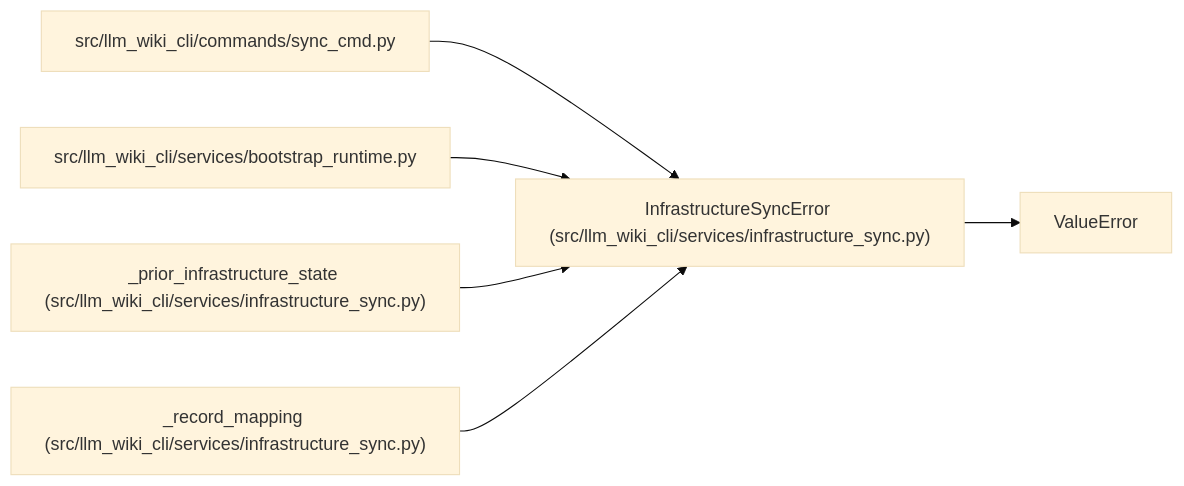
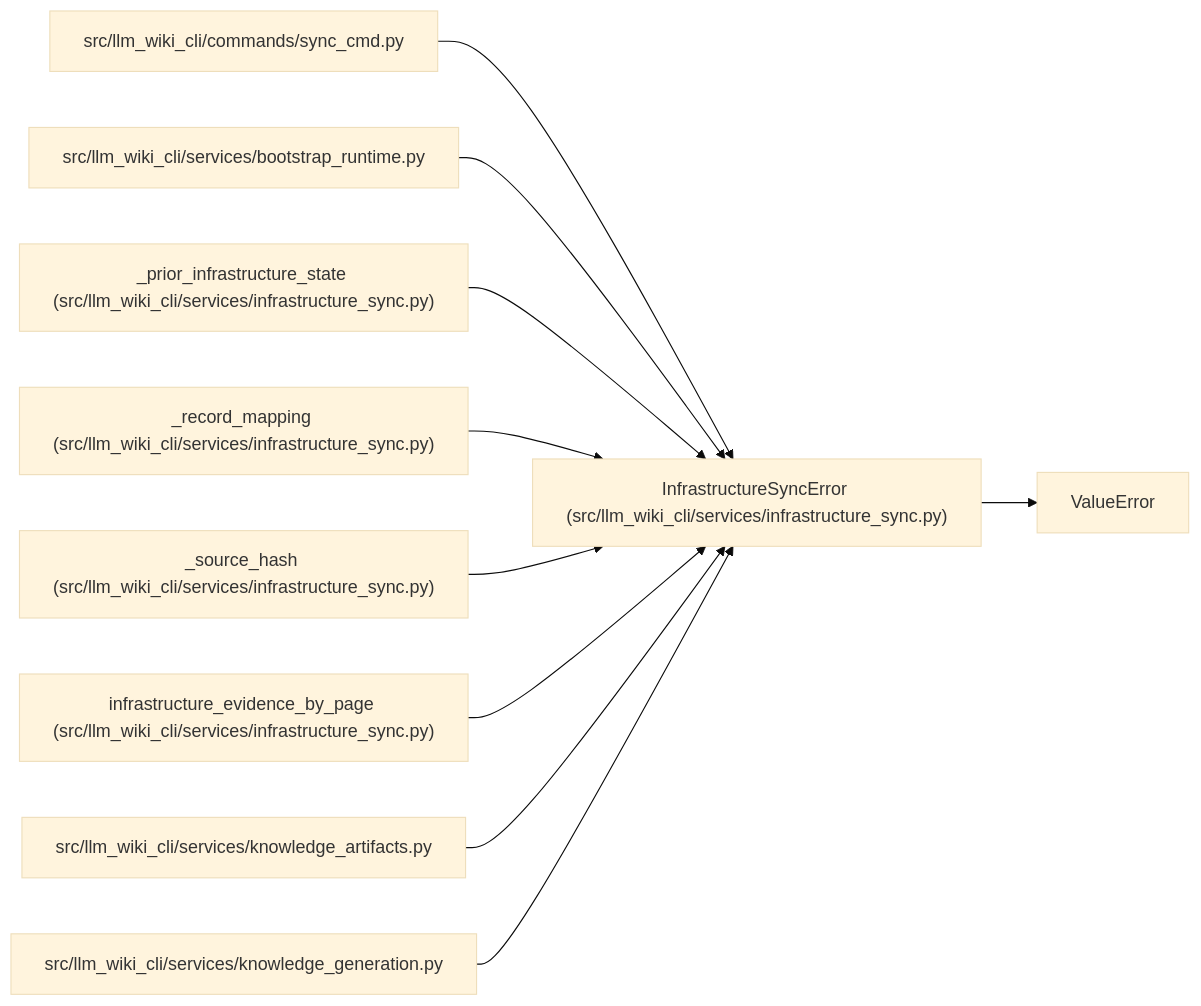
Before and after one commit to Denissvgn/python-wiki-llm: the diagram in docs/llm_wiki/entities/InfrastructureSyncError.md, drawn with Mermaid (base theme). The commit also changed other lines of this file and 493 other files, not shown here.

````diff
--- a/docs/llm_wiki/entities/InfrastructureSyncError.md
+++ b/docs/llm_wiki/entities/InfrastructureSyncError.md
@@ -23,19 +23,31 @@
 ```mermaid
 flowchart LR
     n0["InfrastructureSyncError (src/llm_wiki_cli/services/infrastructure_sync.py)"]
     n1["ValueError"]
     n2["src/llm_wiki_cli/commands/sync_cmd.py"]
     n3["src/llm_wiki_cli/services/bootstrap_runtime.py"]
     n4["_prior_infrastructure_state (src/llm_wiki_cli/services/infrastructure_sync.py)"]
     n5["_record_mapping (src/llm_wiki_cli/services/infrastructure_sync.py)"]
+    n6["_source_hash (src/llm_wiki_cli/services/infrastructure_sync.py)"]
+    n7["infrastructure_evidence_by_page (src/llm_wiki_cli/services/infrastructure_sync.py)"]
+    n8["src/llm_wiki_cli/services/knowledge_artifacts.py"]
+    n9["src/llm_wiki_cli/services/knowledge_generation.py"]
     n0 --> n1
     n2 --> n0
     n3 --> n0
     n4 --> n0
     n5 --> n0
+    n6 --> n0
+    n7 --> n0
+    n8 --> n0
+    n9 --> n0
     click n0 "../modules/infrastructure_sync.md"
     click n2 "../modules/sync_cmd.md"
     click n3 "../modules/bootstrap_runtime.md"
     click n4 "../modules/infrastructure_sync.md"
     click n5 "../modules/infrastructure_sync.md"
+    click n6 "../modules/infrastructure_sync.md"
+    click n7 "../modules/infrastructure_sync.md"
+    click n8 "../modules/knowledge_artifacts.md"
+    click n9 "../modules/knowledge_generation.md"
 ```
````
